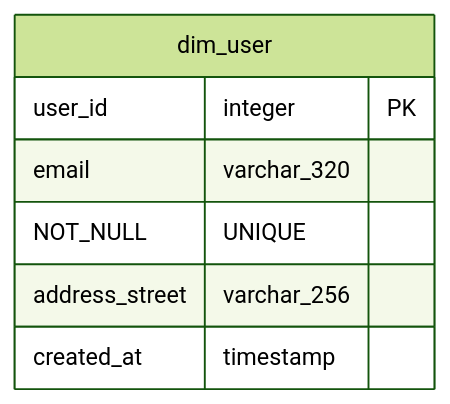
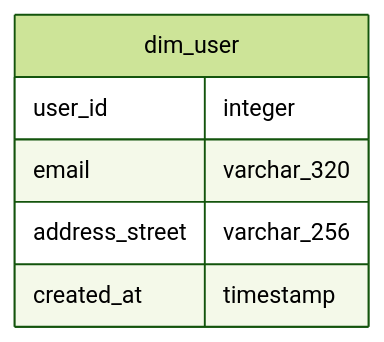
The diagram in backend/docs/erd/erd_dw_mart.mmd (jainvinit0302/db_doc_manager), drawn with Mermaid (forest theme) before and after one commit. The commit also changed 1 other file, not shown here.

Commit message:
Resolved the er diagram issue

```diff
--- a/backend/docs/erd/erd_dw_mart.mmd
+++ b/backend/docs/erd/erd_dw_mart.mmd
@@ -1,7 +1,8 @@
 erDiagram
+
   dim_user {
-    user_id integer PK
-    email varchar_320 NOT_NULL UNIQUE
+    user_id integer
+    email varchar_320
     address_street varchar_256
     created_at timestamp
   }
```
